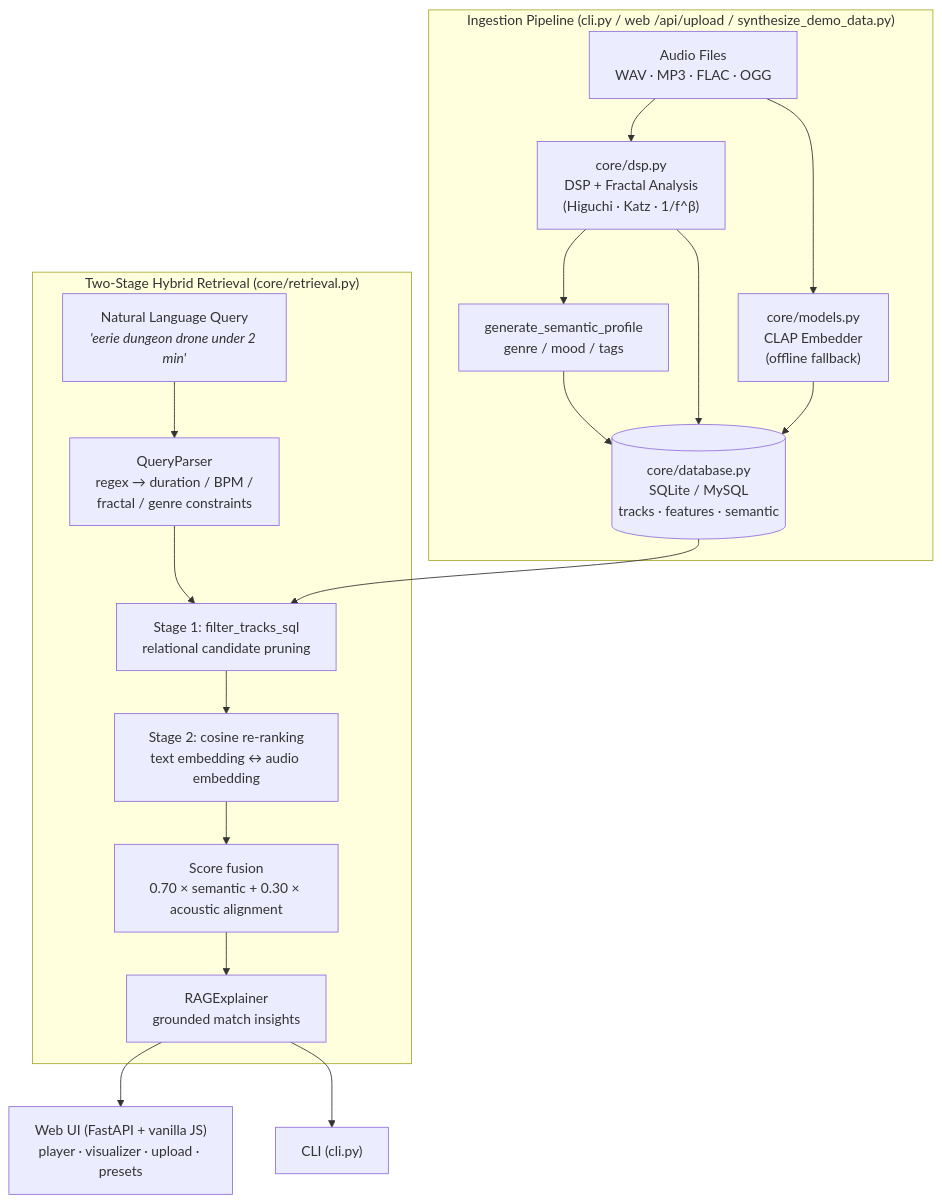
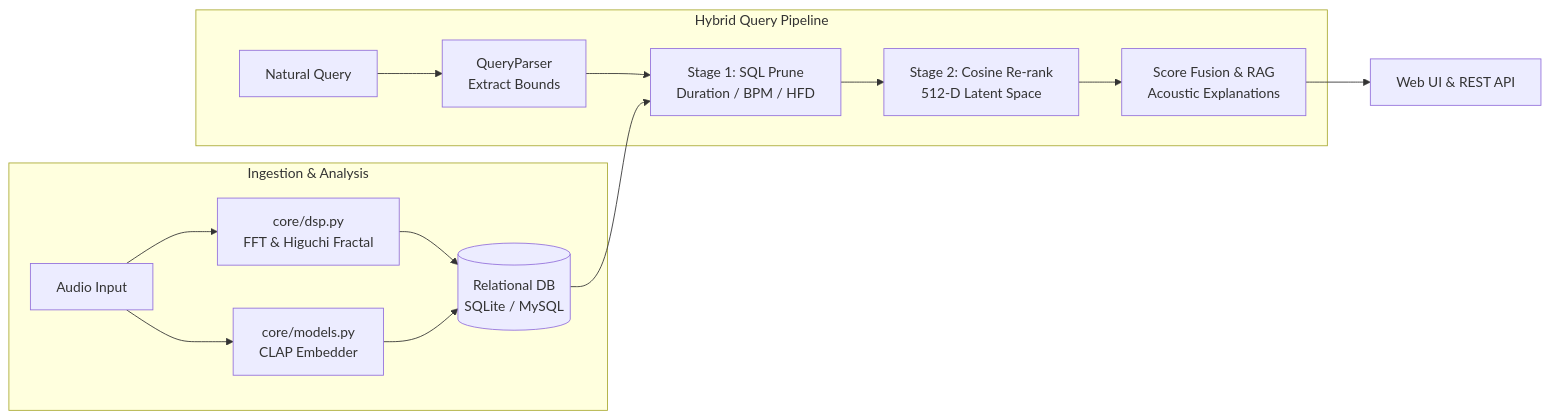
One commit to pixelsmoothie/reAudio changed the diagram in README.md. Above: the diagram before and after it, drawn with Mermaid. The commit also changed other lines of this file, not shown here.

````diff
--- a/README.md
+++ b/README.md
@@ -18,23 +18,18 @@
 ```mermaid
-flowchart TB
-    subgraph ING["Ingestion Pipeline (cli.py / web /api/upload / synthesize_demo_data.py)"]
-        A["Audio Files<br/>WAV · MP3 · FLAC · OGG"] --> B["core/dsp.py<br/>DSP + Fractal Analysis<br/>(Higuchi · Katz · 1/f^β)"]
-        A --> C["core/models.py<br/>CLAP Embedder<br/>(offline fallback)"]
-        B --> D["generate_semantic_profile<br/>genre / mood / tags"]
-        B --> E[("core/database.py<br/>SQLite / MySQL<br/>tracks · features · semantic")]
-        C --> E
-        D --> E
+flowchart LR
+    subgraph INGEST["Ingestion & Analysis"]
+        A["Audio Input"] --> B["core/dsp.py<br/>FFT & Higuchi Fractal"]
+        A --> C["core/models.py<br/>CLAP Embedder"]
+        B & C --> D[("Relational DB<br/>SQLite / MySQL")]
     end
 
-    subgraph RET["Two-Stage Hybrid Retrieval (core/retrieval.py)"]
-        F["Natural Language Query<br/><i>'eerie dungeon drone under 2 min'</i>"] --> G["QueryParser<br/>regex → duration / BPM /<br/>fractal / genre constraints"]
-        G --> H["Stage 1: filter_tracks_sql<br/>relational candidate pruning"]
-        H --> I["Stage 2: cosine re-ranking<br/>text embedding ↔ audio embedding"]
-        I --> J["Score fusion<br/>0.70 × semantic + 0.30 × acoustic alignment"]
-        J --> K["RAGExplainer<br/>grounded match insights"]
+    subgraph SEARCH["Hybrid Query Pipeline"]
+        E["Natural Query"] --> F["QueryParser<br/>Extract Bounds"]
+        F --> G["Stage 1: SQL Prune<br/>Duration / BPM / HFD"]
+        G --> H["Stage 2: Cosine Re-rank<br/>512-D Latent Space"]
+        H --> I["Score Fusion & RAG<br/>Acoustic Explanations"]
     end
 
-    E --> H
-    K --> L["Web UI (FastAPI + vanilla JS)<br/>player · visualizer · upload · presets"]
-    K --> M["CLI (cli.py)"]
+    D --> G
+    I --> J["Web UI & REST API"]
 ```
````
